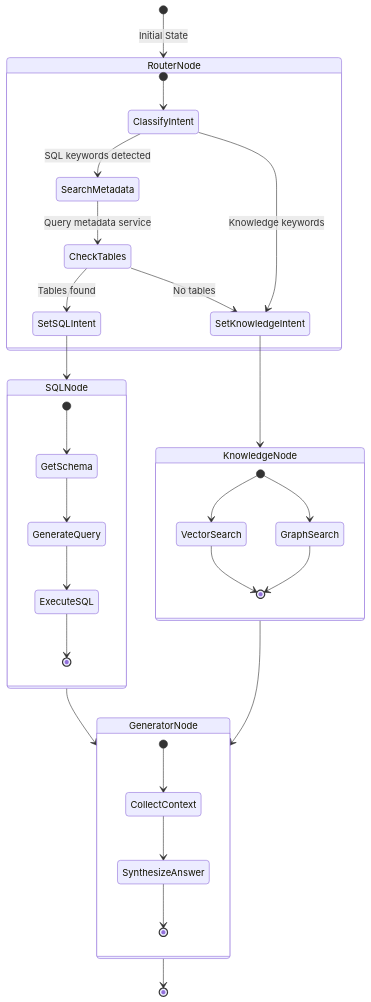
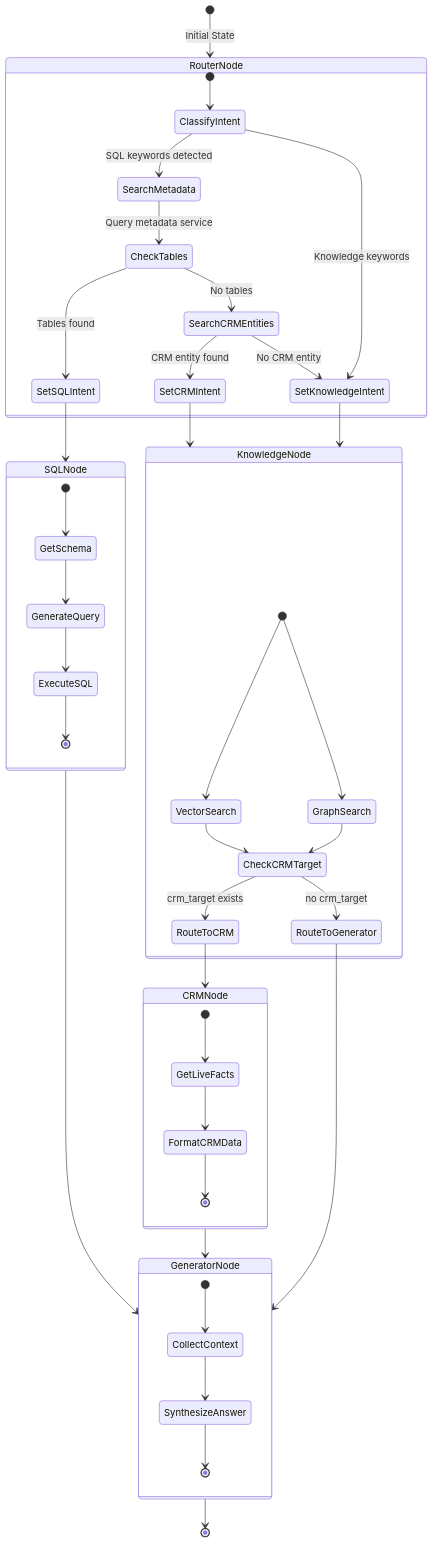
Before and after one commit to expoya/adizon-knowledge-core: the eighth of 9 diagrams in docs/ARCHITECTURE.md, drawn with Mermaid. The commit also changed other lines of this file and 30 other files, not shown here.

````diff
--- a/docs/ARCHITECTURE.md
+++ b/docs/ARCHITECTURE.md
@@ -362,41 +383,54 @@
 ```mermaid
 stateDiagram-v2
     [*] --> RouterNode: Initial State
     
     state RouterNode {
         [*] --> ClassifyIntent
         ClassifyIntent --> SearchMetadata: SQL keywords detected
         SearchMetadata --> CheckTables: Query metadata service
         CheckTables --> SetSQLIntent: Tables found
-        CheckTables --> SetKnowledgeIntent: No tables
+        CheckTables --> SearchCRMEntities: No tables
+        SearchCRMEntities --> SetCRMIntent: CRM entity found
+        SearchCRMEntities --> SetKnowledgeIntent: No CRM entity
         ClassifyIntent --> SetKnowledgeIntent: Knowledge keywords
     }
     
     SetSQLIntent --> SQLNode
     SetKnowledgeIntent --> KnowledgeNode
+    SetCRMIntent --> KnowledgeNode
     
     state SQLNode {
         [*] --> GetSchema
         GetSchema --> GenerateQuery
         GenerateQuery --> ExecuteSQL
         ExecuteSQL --> [*]
     }
     
     state KnowledgeNode {
         [*] --> VectorSearch
         [*] --> GraphSearch
-        VectorSearch --> [*]
-        GraphSearch --> [*]
+        VectorSearch --> CheckCRMTarget
+        GraphSearch --> CheckCRMTarget
+        CheckCRMTarget --> RouteToCRM: crm_target exists
+        CheckCRMTarget --> RouteToGenerator: no crm_target
+    }
+    
+    state CRMNode {
+        [*] --> GetLiveFacts
+        GetLiveFacts --> FormatCRMData
+        FormatCRMData --> [*]
     }
     
     SQLNode --> GeneratorNode
-    KnowledgeNode --> GeneratorNode
+    RouteToCRM --> CRMNode
+    RouteToGenerator --> GeneratorNode
+    CRMNode --> GeneratorNode
     
     state GeneratorNode {
         [*] --> CollectContext
         CollectContext --> SynthesizeAnswer
         SynthesizeAnswer --> [*]
     }
     
     GeneratorNode --> [*]
 ```
````
